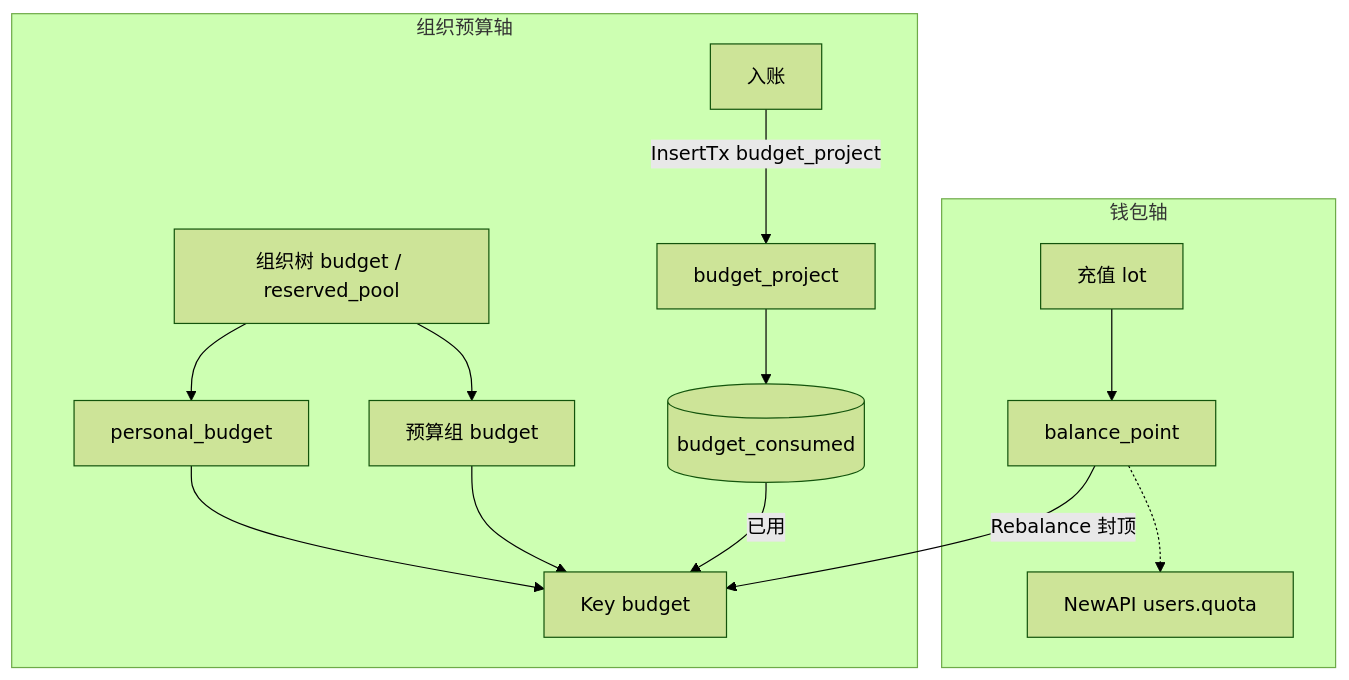
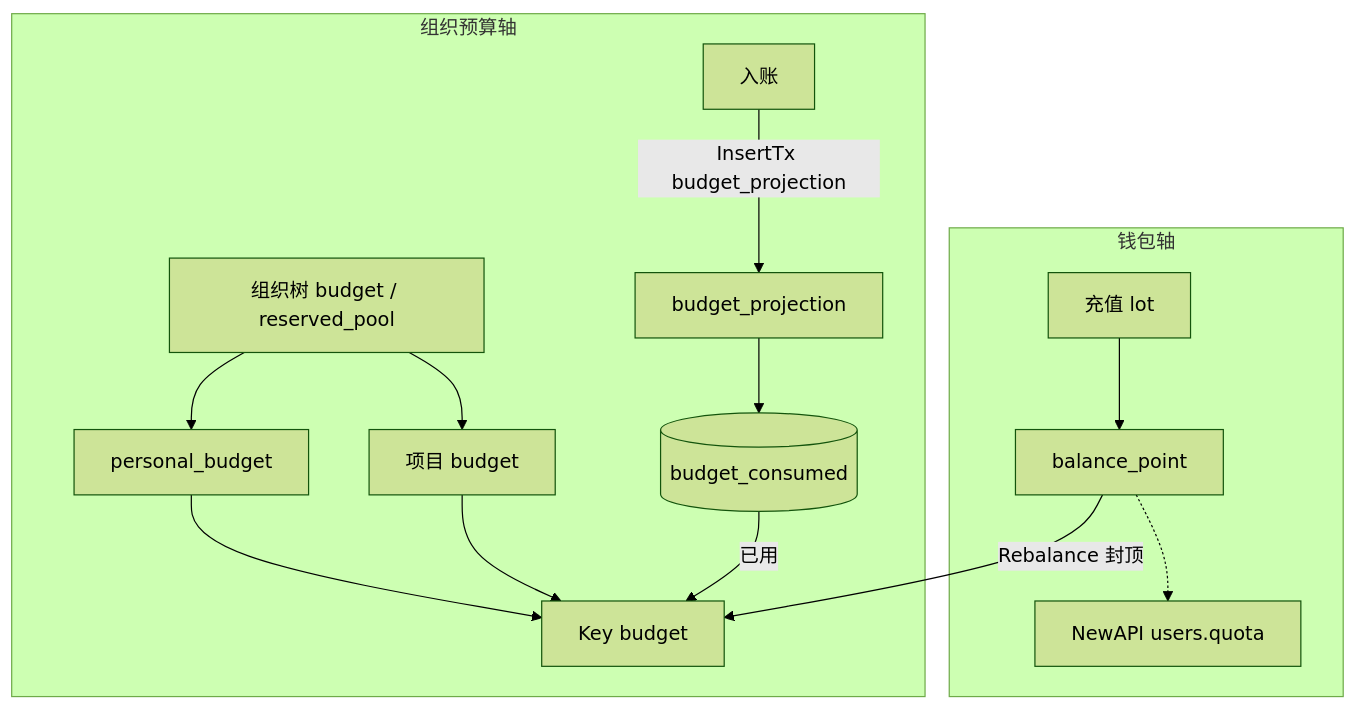
Before and after one commit to quyip8818/mytokenjoy: the second of 10 diagrams in docs/Backend-预算.md, drawn with Mermaid (forest theme). The commit also changed other lines of this file and 175 other files, not shown here.

````diff
--- a/docs/Backend-预算.md
+++ b/docs/Backend-预算.md
@@ -64,20 +64,20 @@
 ```mermaid
 flowchart TB
   subgraph wallet [钱包轴]
     LOT[充值 lot] --> BAL[balance_point]
     BAL -.-> NA_W[NewAPI users.quota]
   end
 
   subgraph org [组织预算轴]
     TREE[组织树 budget / reserved_pool]
     TREE --> MEM[personal_budget]
-    TREE --> BG[预算组 budget]
+    TREE --> BG[项目 budget]
     MEM & BG --> PK[Key budget]
     SNAP[(budget_consumed)]
-    ING[入账] -->|InsertTx budget_project| JOB[budget_project]
+    ING[入账] -->|InsertTx budget_projection| JOB[budget_projection]
     JOB --> SNAP
   end
 
   BAL -->|Rebalance 封顶| PK
   SNAP -->|已用| PK
 ```
````
